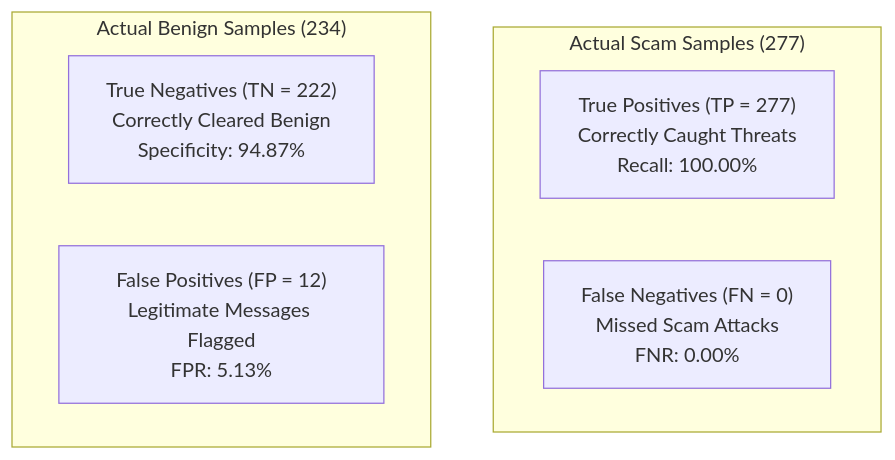
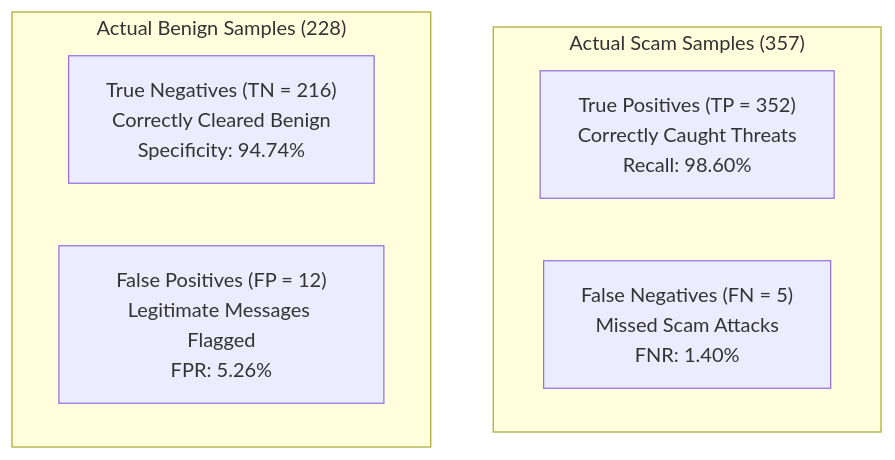
Before and after one commit to hamsinikommunuri/bobsec-platform: the diagram in docs/neural-network/EVALUATION.md, drawn with Mermaid. The commit also changed other lines of this file and 41 other files, not shown here.

````diff
--- a/docs/neural-network/EVALUATION.md
+++ b/docs/neural-network/EVALUATION.md
@@ -31,12 +31,12 @@
 ```mermaid
 graph TD
-    subgraph ActualScam["Actual Scam Samples (277)"]
-        TP["True Positives (TP = 277)<br/>Correctly Caught Threats<br/>Recall: 100.00%"]
-        FN["False Negatives (FN = 0)<br/>Missed Scam Attacks<br/>FNR: 0.00%"]
+    subgraph ActualScam["Actual Scam Samples (357)"]
+        TP["True Positives (TP = 352)<br/>Correctly Caught Threats<br/>Recall: 98.60%"]
+        FN["False Negatives (FN = 5)<br/>Missed Scam Attacks<br/>FNR: 1.40%"]
     end
 
-    subgraph ActualBenign["Actual Benign Samples (234)"]
-        TN["True Negatives (TN = 222)<br/>Correctly Cleared Benign<br/>Specificity: 94.87%"]
-        FP["False Positives (FP = 12)<br/>Legitimate Messages Flagged<br/>FPR: 5.13%"]
+    subgraph ActualBenign["Actual Benign Samples (228)"]
+        TN["True Negatives (TN = 216)<br/>Correctly Cleared Benign<br/>Specificity: 94.74%"]
+        FP["False Positives (FP = 12)<br/>Legitimate Messages Flagged<br/>FPR: 5.26%"]
     end
 ```
````
